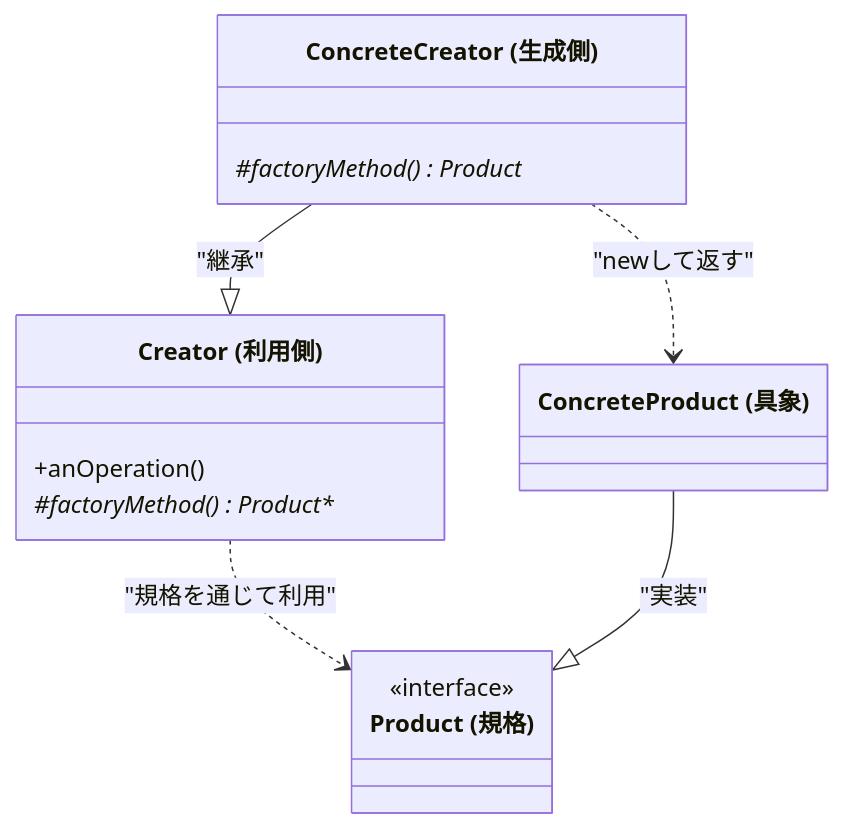
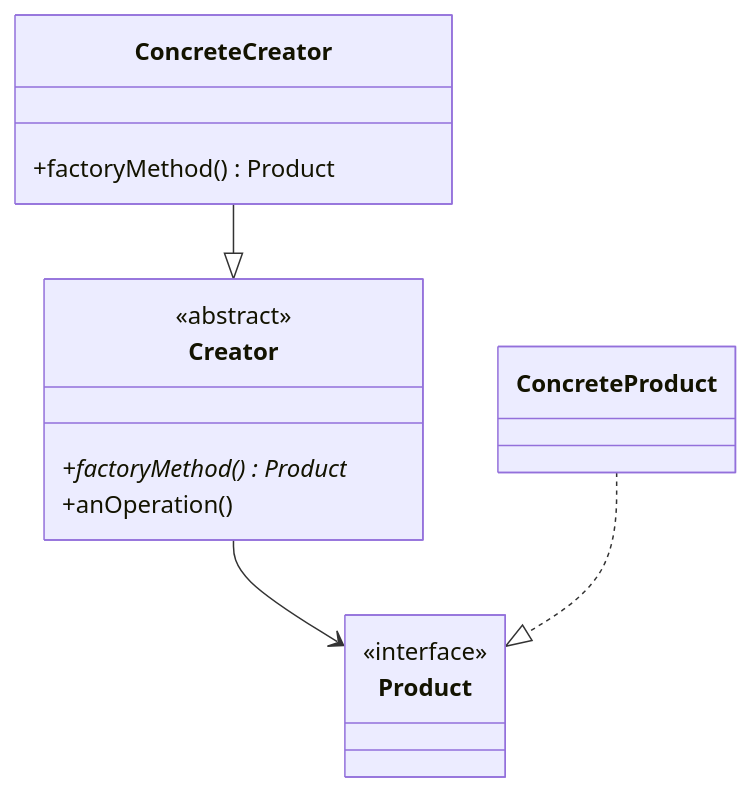
Before and after one commit to kumachan1101-pixel/DesignPattern: the sixth of 6 diagrams in kindle/design-patterns/output/chapter08.md, drawn with Mermaid. The commit also changed other lines of this file and 11 other files, not shown here.

````diff
--- a/kindle/design-patterns/output/chapter08.md
+++ b/kindle/design-patterns/output/chapter08.md
@@ -1050,19 +816,20 @@
 ```mermaid
 classDiagram
-    class Creator ["Creator (利用側)"] {
+    class Creator {
+        <<abstract>>
+        +factoryMethod()* Product
         +anOperation()
-        #factoryMethod()* Product*
     }
-    class ConcreteCreator ["ConcreteCreator (生成側)"] {
-        #factoryMethod() Product*
+    class ConcreteCreator {
+        +factoryMethod() Product
     }
-    class Product ["Product (規格)"] {
+    class Product {
         <<interface>>
     }
-    class ConcreteProduct ["ConcreteProduct (具象)"]
+    class ConcreteProduct {
+    }
+    Creator --> Product
+    ConcreteCreator --|> Creator
+    ConcreteProduct ..|> Product
 
-    Creator ..> Product : "規格を通じて利用"
-    ConcreteCreator --|> Creator : "継承"
-    ConcreteCreator ..> ConcreteProduct : "newして返す"
-    ConcreteProduct --|> Product : "実装"
 ```
````
